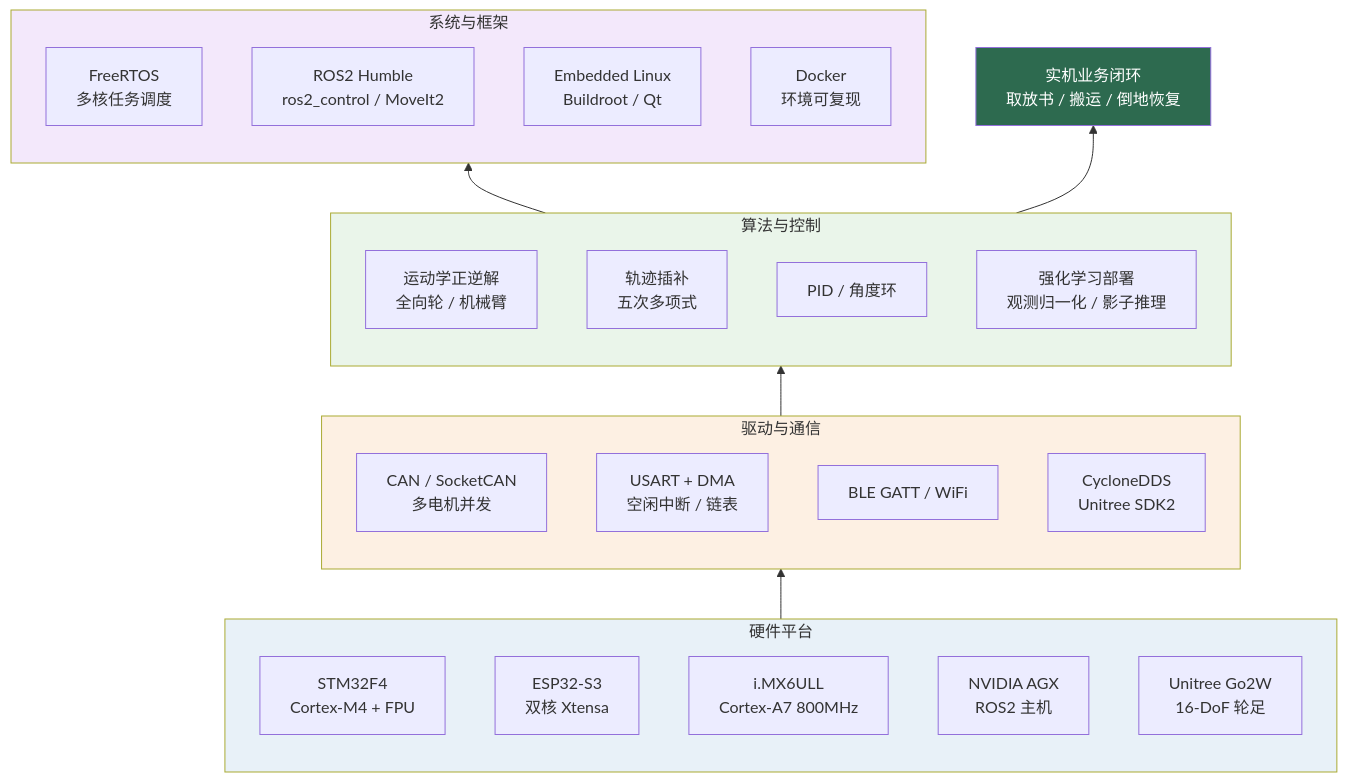
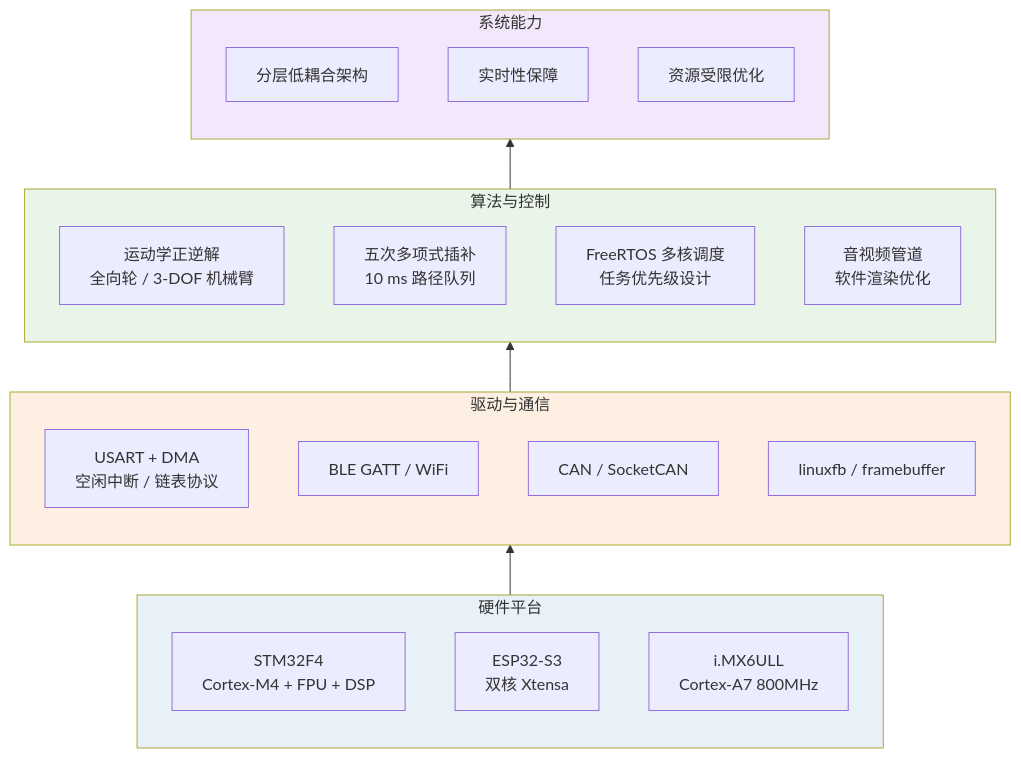
Before and after one commit to u32JOJO/Personal-Project-Showcase: the diagram in README.md, drawn with Mermaid. The commit also changed other lines of this file and 7 other files, not shown here.

````diff
--- a/README.md
+++ b/README.md
@@ -41,40 +51,35 @@
 ```mermaid
 graph BT
     subgraph HW["硬件平台"]
-        A1["STM32F4<br/>Cortex-M4 + FPU"]
+        A1["STM32F4<br/>Cortex-M4 + FPU + DSP"]
         A2["ESP32-S3<br/>双核 Xtensa"]
         A3["i.MX6ULL<br/>Cortex-A7 800MHz"]
-        A4["NVIDIA AGX<br/>ROS2 主机"]
-        A5["Unitree Go2W<br/>16-DoF 轮足"]
     end
 
     subgraph DRV["驱动与通信"]
-        B1["CAN / SocketCAN<br/>多电机并发"]
-        B2["USART + DMA<br/>空闲中断 / 链表"]
-        B3["BLE GATT / WiFi"]
-        B4["CycloneDDS<br/>Unitree SDK2"]
+        B1["USART + DMA<br/>空闲中断 / 链表协议"]
+        B2["BLE GATT / WiFi"]
+        B3["CAN / SocketCAN"]
+        B4["linuxfb / framebuffer"]
     end
 
     subgraph ALG["算法与控制"]
-        C1["运动学正逆解<br/>全向轮 / 机械臂"]
-        C2["轨迹插补<br/>五次多项式"]
-        C3["PID / 角度环"]
-        C4["强化学习部署<br/>观测归一化 / 影子推理"]
+        C1["运动学正逆解<br/>全向轮 / 3-DOF 机械臂"]
+        C2["五次多项式插补<br/>10 ms 路径队列"]
+        C3["FreeRTOS 多核调度<br/>任务优先级设计"]
+        C4["音视频管道<br/>软件渲染优化"]
     end
 
-    subgraph SYS["系统与框架"]
-        D1["FreeRTOS<br/>多核任务调度"]
-        D2["ROS2 Humble<br/>ros2_control / MoveIt2"]
-        D3["Embedded Linux<br/>Buildroot / Qt"]
-        D4["Docker<br/>环境可复现"]
+    subgraph SYS["系统能力"]
+        D1["分层低耦合架构"]
+        D2["实时性保障"]
+        D3["资源受限优化"]
     end
 
     HW --> DRV --> ALG --> SYS
-    ALG --> E1["实机业务闭环<br/>取放书 / 搬运 / 倒地恢复"]
 
-    style E1 fill:#2d6a4f,color:#fff
     style HW fill:#e8f1f8
     style DRV fill:#fdf0e3
     style ALG fill:#eaf5ea
     style SYS fill:#f3e8fb
 ```
````
